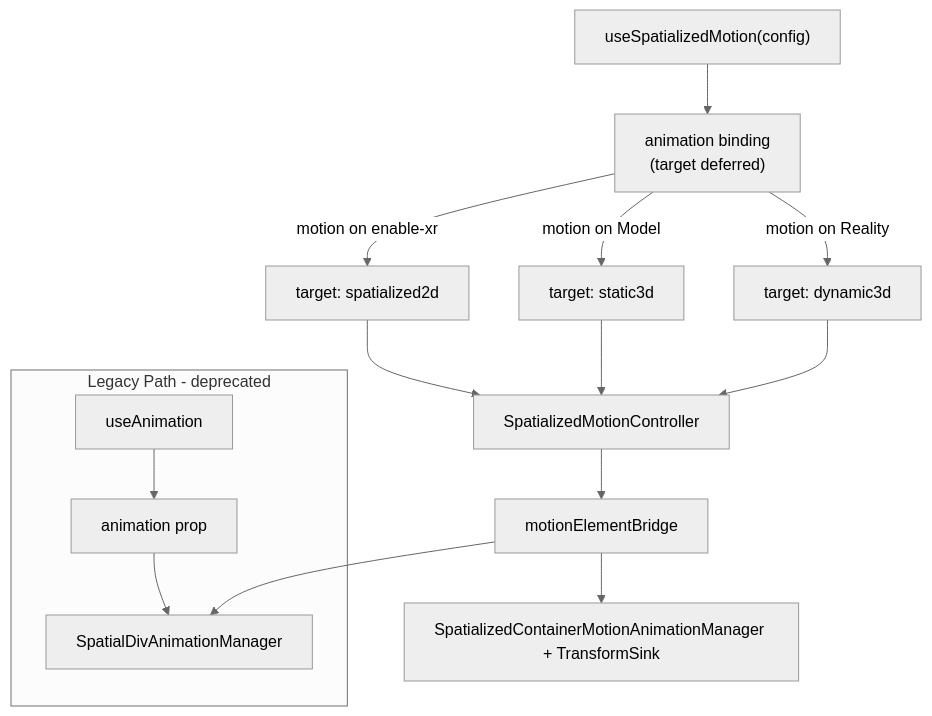
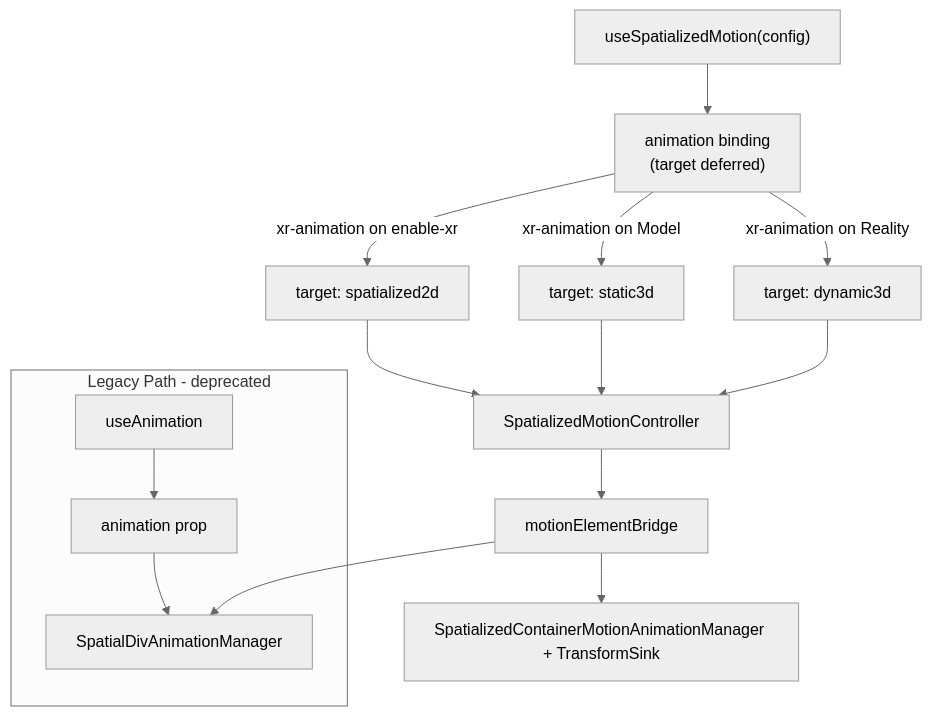
The first of 2 diagrams in openspec/changes/spatialized-element-motion-api/design.md (webspatial/webspatial-sdk), drawn with Mermaid (neutral theme) before and after one commit. The commit also changed other lines of this file and 18 other files, not shown here.

````diff
--- a/openspec/changes/spatialized-element-motion-api/design.md
+++ b/openspec/changes/spatialized-element-motion-api/design.md
@@ -42,19 +42,19 @@
 ```mermaid
 flowchart TB
   Hook["useSpatializedMotion(config)"] --> Binding["animation binding
 (target deferred)"]
-  Binding --> |"motion on enable-xr"| Resolve2D["target: spatialized2d"]
-  Binding --> |"motion on Model"| Resolve3D["target: static3d"]
-  Binding --> |"motion on Reality"| ResolveD3["target: dynamic3d"]
+  Binding --> |"xr-animation on enable-xr"| Resolve2D["target: spatialized2d"]
+  Binding --> |"xr-animation on Model"| Resolve3D["target: static3d"]
+  Binding --> |"xr-animation on Reality"| ResolveD3["target: dynamic3d"]
   Resolve2D --> Core[SpatializedMotionController]
   Resolve3D --> Core
   ResolveD3 --> Core
   Core --> Bridge[motionElementBridge]
   Bridge --> N2D[SpatialDivAnimationManager]
   Bridge --> N3D[SpatializedContainerMotionAnimationManager + TransformSink]
   
   subgraph Legacy[Legacy Path - deprecated]
     LegacyHook[useAnimation] --> LegacyBinding[animation prop]
     LegacyBinding --> N2D
   end
 ```
````
